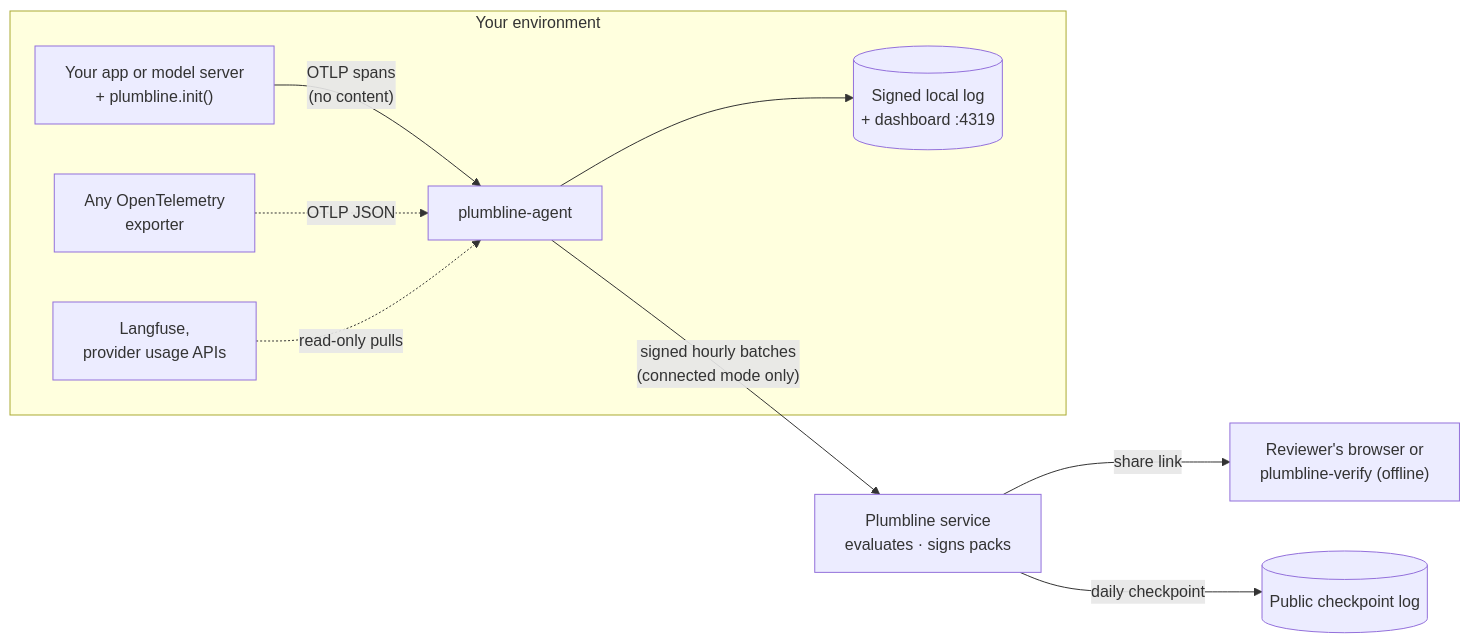
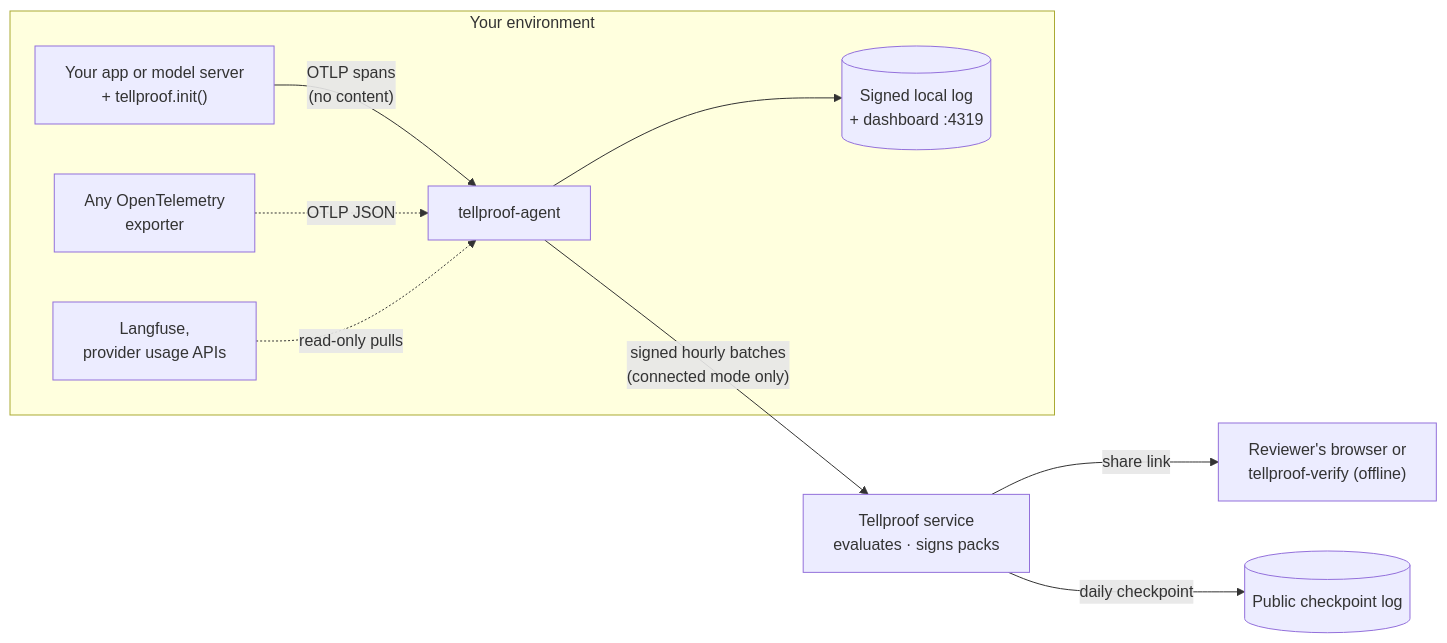
One commit to Lumetrix-Advanced-Technologies/tellproof changed the diagram in README.md. Above: the diagram before and after it, drawn with Mermaid. The commit also changed other lines of this file and 160 other files, not shown here.

First line of the commit message:
Tellproof v0.3.0: the new name, falsifiable evidence, coding-agent evidence

````diff
--- a/README.md
+++ b/README.md
@@ -74,12 +165,12 @@
 ```mermaid
 flowchart LR
   subgraph yours["Your environment"]
-    app["Your app or model server<br/>+ plumbline.init()"] -- "OTLP spans<br/>(no content)" --> agent["plumbline-agent"]
+    app["Your app or model server<br/>+ tellproof.init()"] -- "OTLP spans<br/>(no content)" --> agent["tellproof-agent"]
     otel["Any OpenTelemetry<br/>exporter"] -. "OTLP JSON" .-> agent
     lf["Langfuse,<br/>provider usage APIs"] -. "read-only pulls" .-> agent
     agent --> log[("Signed local log<br/>+ dashboard :4319")]
   end
-  agent -- "signed hourly batches<br/>(connected mode only)" --> svc["Plumbline service<br/>evaluates · signs packs"]
-  svc -- "share link" --> rev["Reviewer's browser or<br/>plumbline-verify (offline)"]
+  agent -- "signed hourly batches<br/>(connected mode only)" --> svc["Tellproof service<br/>evaluates · signs packs"]
+  svc -- "share link" --> rev["Reviewer's browser or<br/>tellproof-verify (offline)"]
   svc -- "daily checkpoint" --> pub[("Public checkpoint log")]
 ```
````
